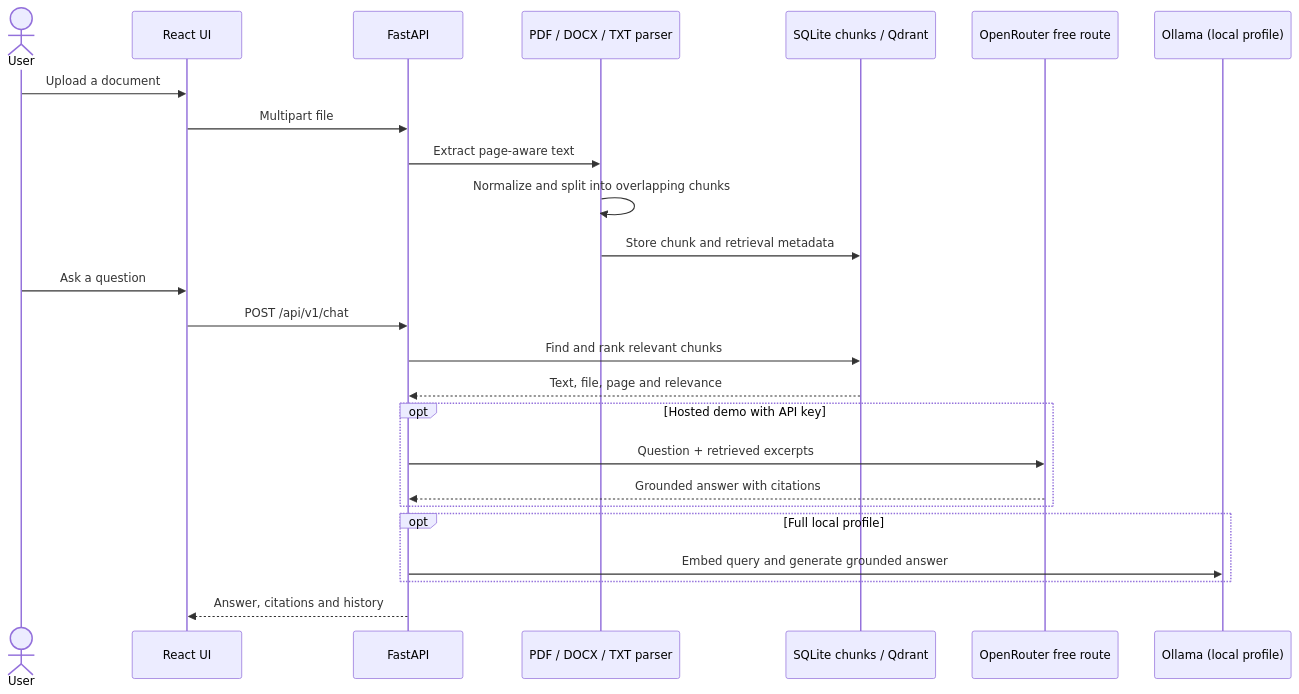
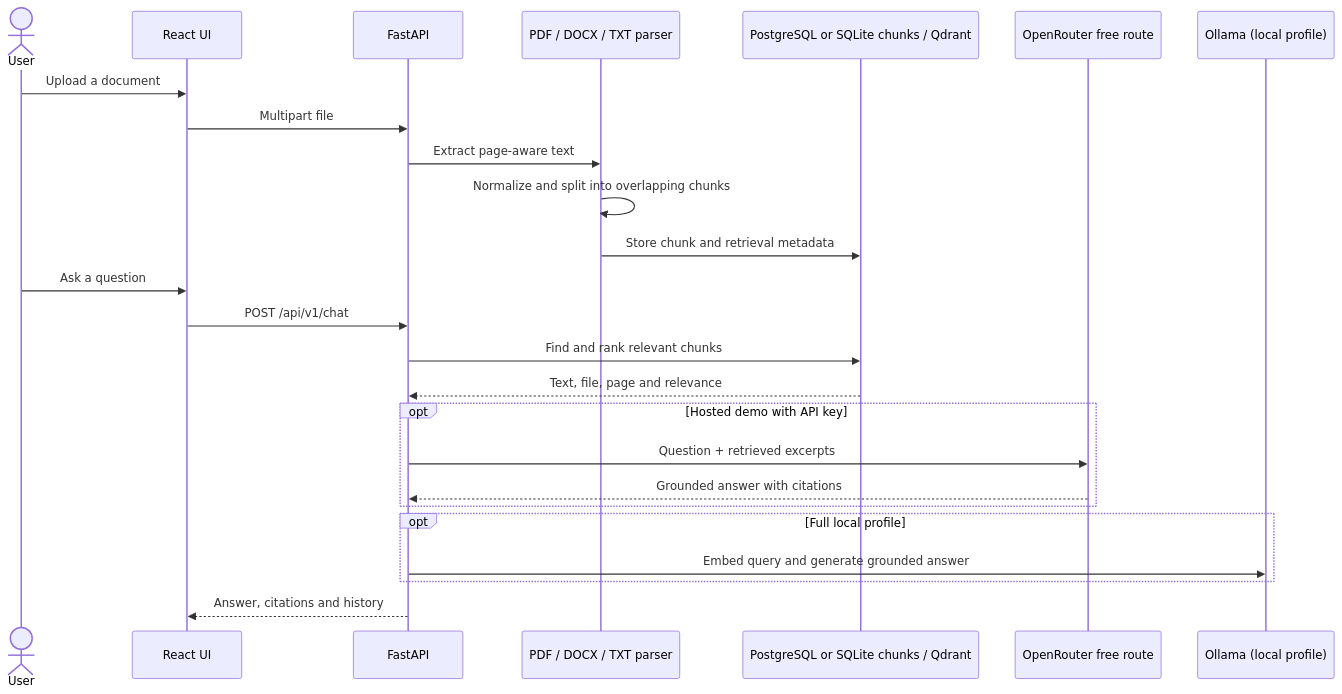
Before and after one commit to leonidchekin55/developer-portfolio-python-ai: the second of 2 diagrams in ARCHITECTURE.md, drawn with Mermaid. The commit also changed other lines of this file and 3 other files, not shown here.

Commit message:
Clarify hosted demo persistence and architecture

````diff
--- a/ARCHITECTURE.md
+++ b/ARCHITECTURE.md
@@ -45,27 +45,27 @@
 ```mermaid
 sequenceDiagram
   actor User
   participant UI as React UI
   participant API as FastAPI
   participant Parser as PDF / DOCX / TXT parser
-  participant Index as SQLite chunks / Qdrant
+  participant Index as PostgreSQL or SQLite chunks / Qdrant
   participant Provider as OpenRouter free route
   participant Model as Ollama (local profile)
   User->>UI: Upload a document
   UI->>API: Multipart file
   API->>Parser: Extract page-aware text
   Parser->>Parser: Normalize and split into overlapping chunks
   Parser->>Index: Store chunk and retrieval metadata
   User->>UI: Ask a question
   UI->>API: POST /api/v1/chat
   API->>Index: Find and rank relevant chunks
   Index-->>API: Text, file, page and relevance
   opt Hosted demo with API key
     API->>Provider: Question + retrieved excerpts
     Provider-->>API: Grounded answer with citations
   end
   opt Full local profile
     API->>Model: Embed query and generate grounded answer
   end
   API-->>UI: Answer, citations and history
 ```
````
